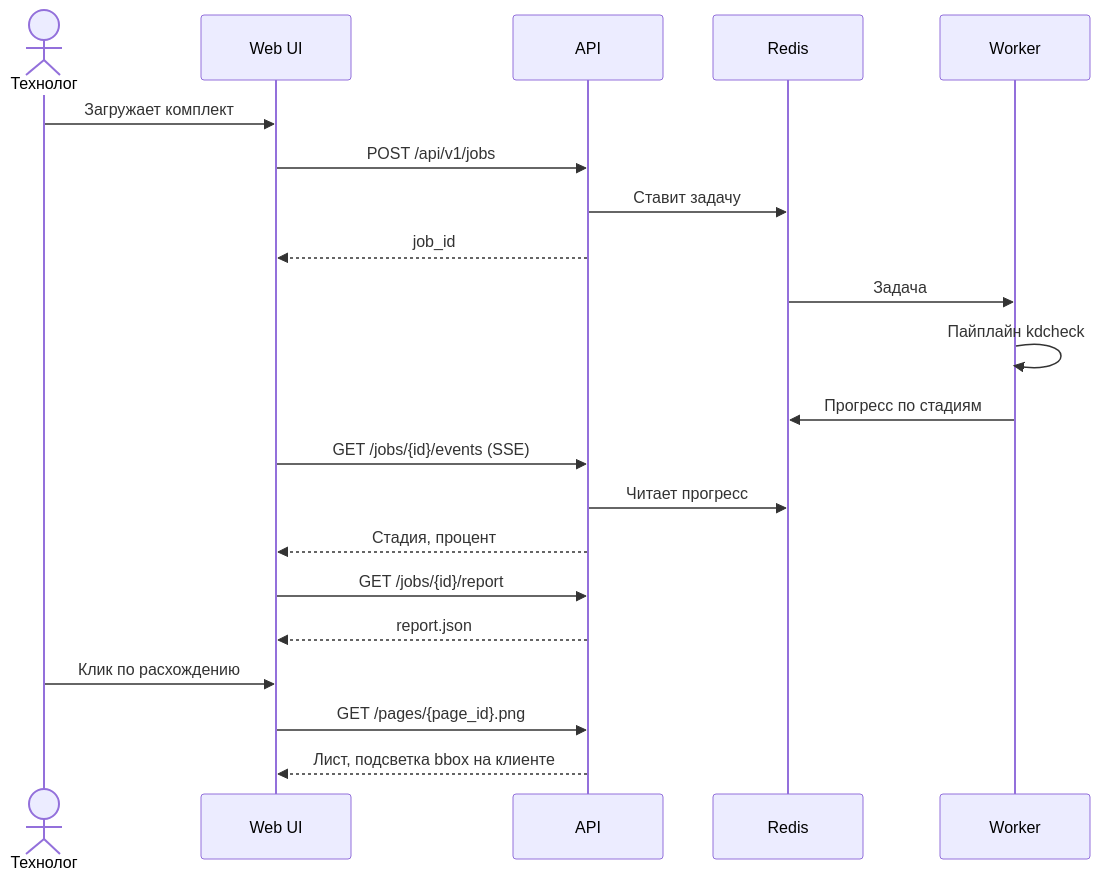
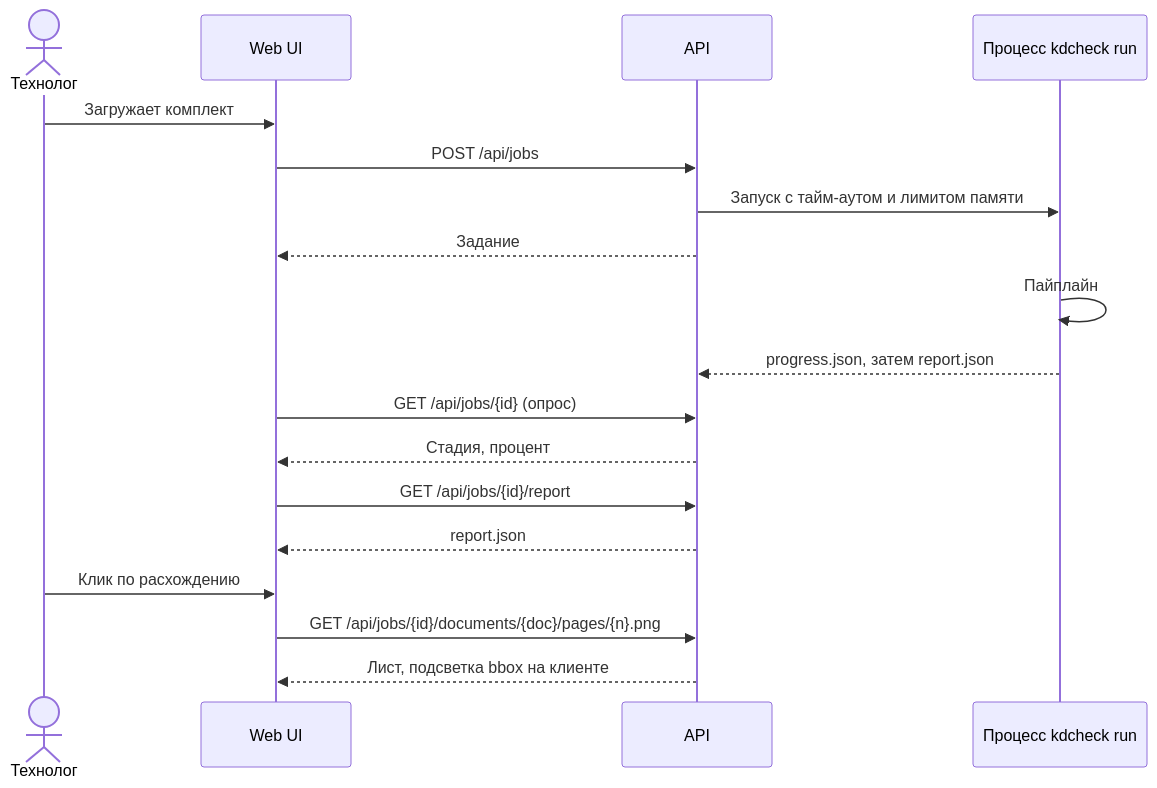
The third of 3 diagrams in docs/ARCHITECTURE.md (EkaterinaGrisha/ARM), drawn with Mermaid before and after one commit. The commit also changed other lines of this file and 6 other files, not shown here.

Commit message:
docs: accept ADRs 0006, 0007, 0009, 0010 and align architecture, plan and rules

````diff
--- a/docs/ARCHITECTURE.md
+++ b/docs/ARCHITECTURE.md
@@ -181,23 +161,20 @@
 ```mermaid
 sequenceDiagram
     actor T as Технолог
     participant W as Web UI
     participant A as API
-    participant R as Redis
-    participant K as Worker
+    participant P as Процесс kdcheck run
     T->>W: Загружает комплект
-    W->>A: POST /api/v1/jobs
-    A->>R: Ставит задачу
-    A-->>W: job_id
-    R->>K: Задача
-    K->>K: Пайплайн kdcheck
-    K->>R: Прогресс по стадиям
-    W->>A: GET /jobs/{id}/events (SSE)
-    A->>R: Читает прогресс
+    W->>A: POST /api/jobs
+    A->>P: Запуск с тайм-аутом и лимитом памяти
+    A-->>W: Задание
+    P->>P: Пайплайн
+    P-->>A: progress.json, затем report.json
+    W->>A: GET /api/jobs/{id} (опрос)
     A-->>W: Стадия, процент
-    W->>A: GET /jobs/{id}/report
+    W->>A: GET /api/jobs/{id}/report
     A-->>W: report.json
     T->>W: Клик по расхождению
-    W->>A: GET /pages/{page_id}.png
+    W->>A: GET /api/jobs/{id}/documents/{doc}/pages/{n}.png
     A-->>W: Лист, подсветка bbox на клиенте
 ```
````
